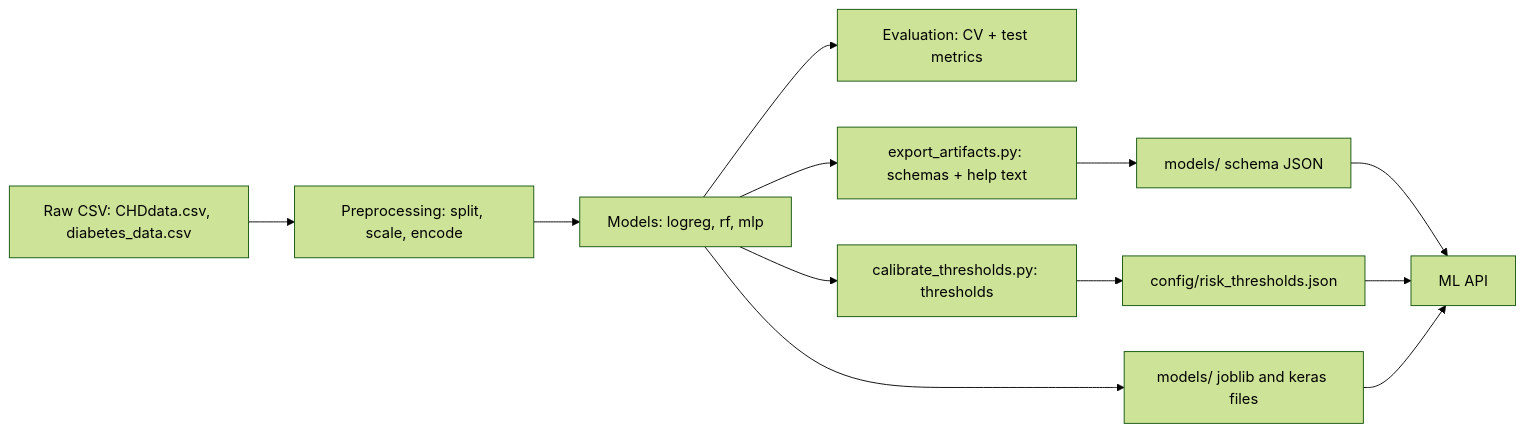
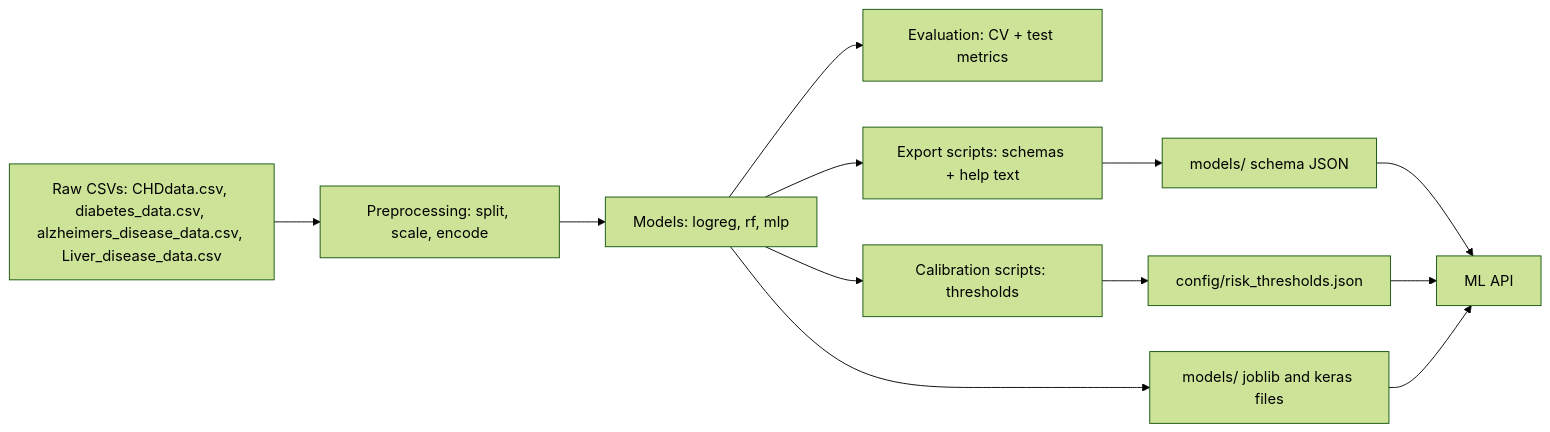
The fifth of 6 diagrams in docs/ARCHITECTURE.md (wiem-b-salem/multirisk-ai), drawn with Mermaid (forest theme) before and after one commit. The commit also changed other lines of this file and 4 other files, not shown here.

Commit message:
docs: extend architecture and methodology to four diseases and verify numbers

````diff
--- a/docs/ARCHITECTURE.md
+++ b/docs/ARCHITECTURE.md
@@ -111,14 +111,14 @@
 ```mermaid
 flowchart LR
-    A["Raw CSV: CHDdata.csv, diabetes_data.csv"] --> B["Preprocessing: split, scale, encode"]
+    A["Raw CSVs: CHDdata.csv, diabetes_data.csv, alzheimers_disease_data.csv, Liver_disease_data.csv"] --> B["Preprocessing: split, scale, encode"]
     B --> C["Models: logreg, rf, mlp"]
     C --> D["Evaluation: CV + test metrics"]
-    C --> E["export_artifacts.py: schemas + help text"]
-    C --> F["calibrate_thresholds.py: thresholds"]
+    C --> E["Export scripts: schemas + help text"]
+    C --> F["Calibration scripts: thresholds"]
     E --> G["models/ schema JSON"]
     F --> H["config/risk_thresholds.json"]
     C --> I["models/ joblib and keras files"]
     G --> J["ML API"]
     H --> J
     I --> J
 ```
````
